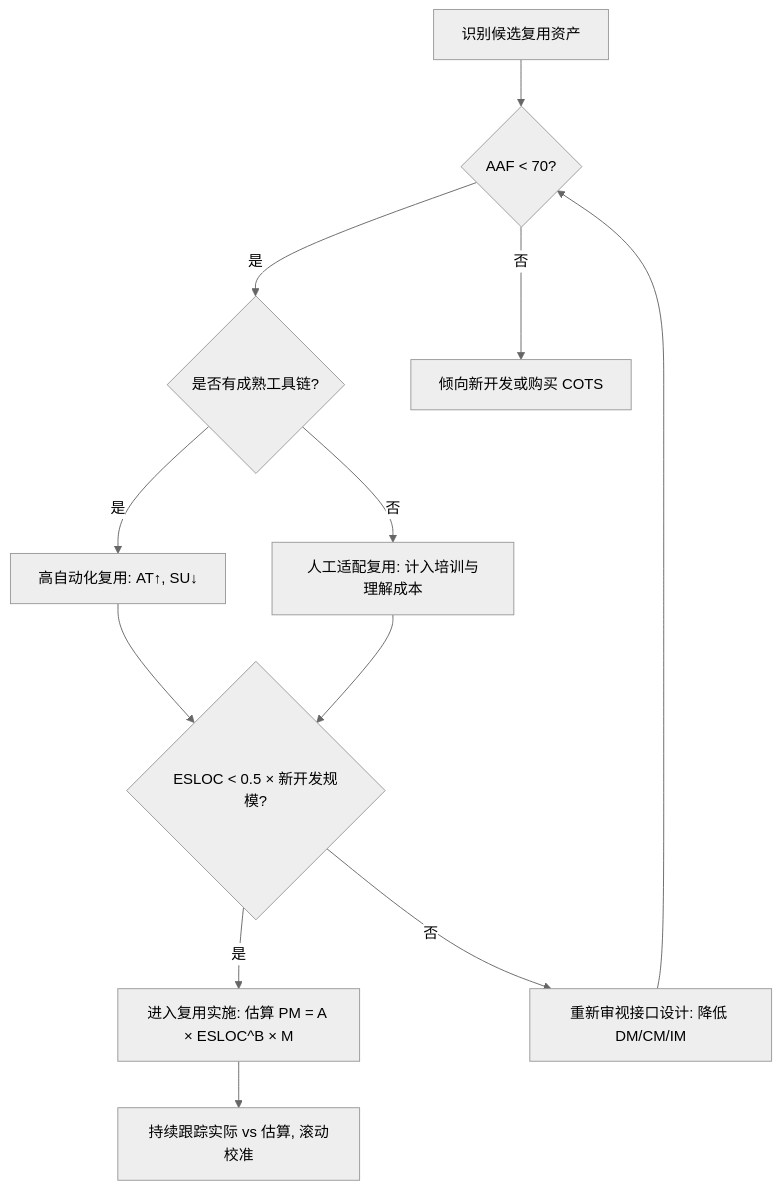
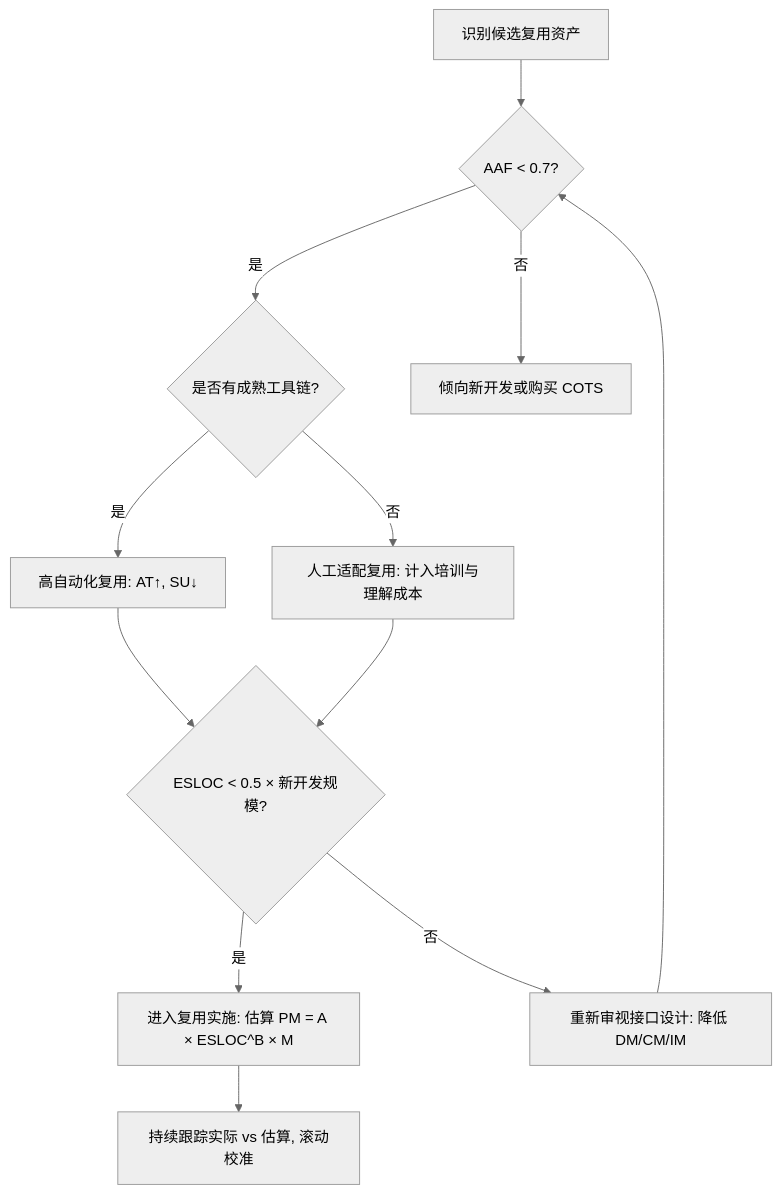
The first of 2 diagrams in struct/09-value-quantification/01-cocomo-ii-reuse/cocomo-ii-reuse-model-deep-dive.md (AdaMartin18010/Architecture), drawn with Mermaid (neutral theme) before and after one commit. The commit also changed 20 other files, not shown here.

````diff
--- a/struct/09-value-quantification/01-cocomo-ii-reuse/cocomo-ii-reuse-model-deep-dive.md
+++ b/struct/09-value-quantification/01-cocomo-ii-reuse/cocomo-ii-reuse-model-deep-dive.md
@@ -369,14 +369,14 @@
 ```mermaid
 graph TD
-    A[识别候选复用资产] --> B{AAF < 70?}
+    A[识别候选复用资产] --> B{AAF < 0.7?}
     B -->|是| C{是否有成熟工具链?}
     B -->|否| D[倾向新开发或购买 COTS]
     C -->|是| E[高自动化复用: AT↑, SU↓]
     C -->|否| F[人工适配复用: 计入培训与理解成本]
     E --> G{ESLOC < 0.5 × 新开发规模?}
     F --> G
     G -->|是| H[进入复用实施: 估算 PM = A × ESLOC^B × M]
     G -->|否| I[重新审视接口设计: 降低 DM/CM/IM]
     H --> J[持续跟踪实际 vs 估算, 滚动校准]
     I --> B
 ```
````
